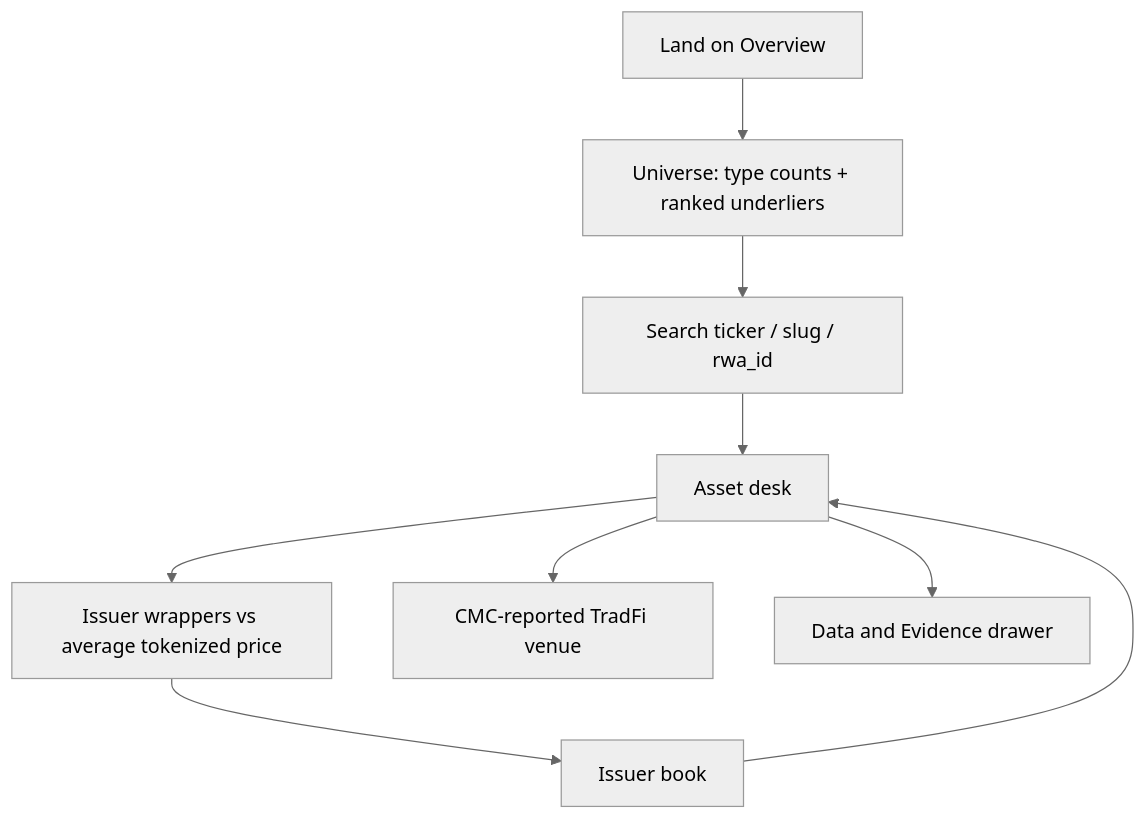
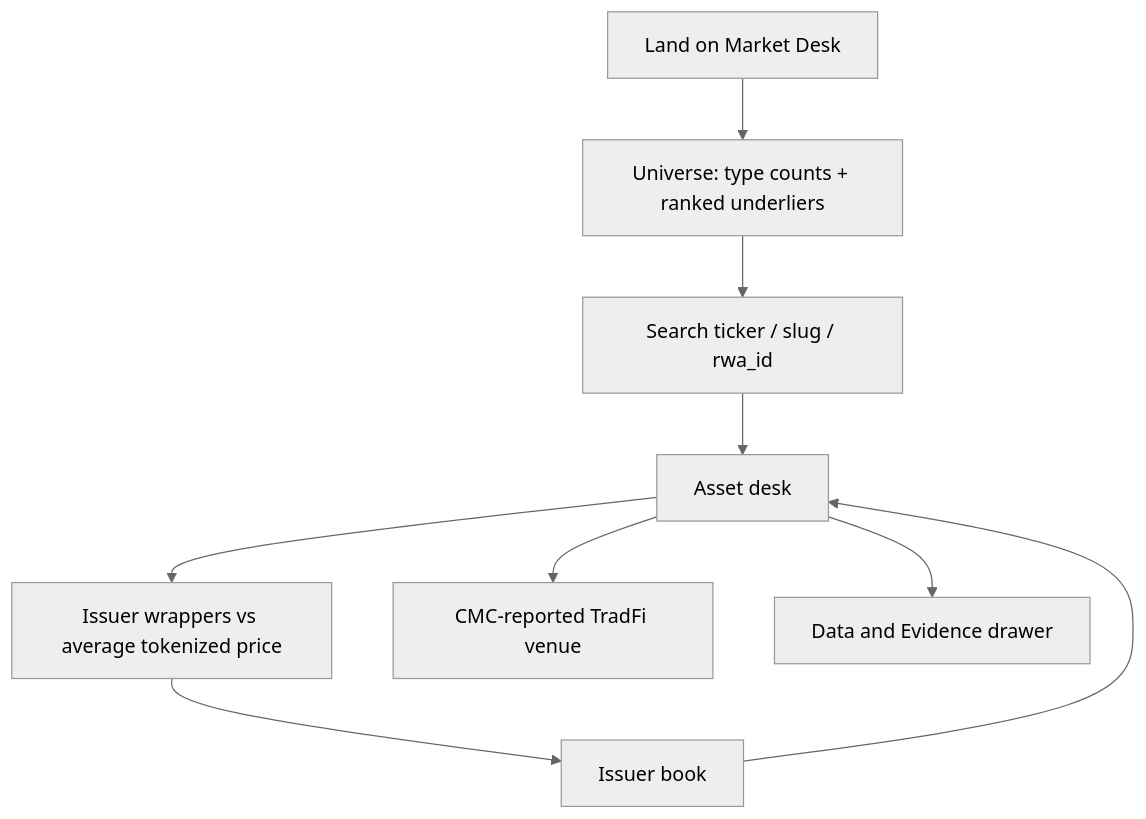
One commit to PinnacleCryptNG/cmc-pulse changed the second of 2 diagrams in README.md. Above: the diagram before and after it, drawn with Mermaid (neutral theme). The commit also changed other lines of this file and 15 other files, not shown here.

First line of the commit message:
Make the homepage the Market Desk

````diff
--- a/README.md
+++ b/README.md
@@ -94,11 +92,11 @@
 ```mermaid
 flowchart TD
-  A[Land on Overview] --> B[Universe: type counts + ranked underliers]
+  A[Land on Market Desk] --> B[Universe: type counts + ranked underliers]
   B --> C[Search ticker / slug / rwa_id]
   C --> D[Asset desk]
   D --> E[Issuer wrappers vs average tokenized price]
   D --> F[CMC-reported TradFi venue]
   E --> G[Issuer book]
   G --> D
   D --> H[Data and Evidence drawer]
 ```
````
